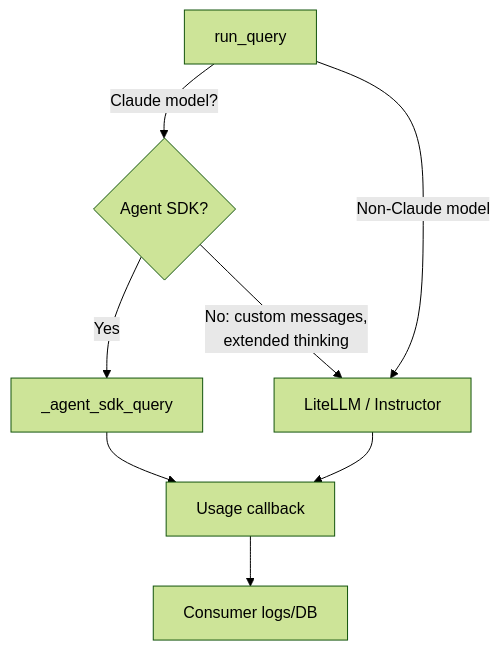
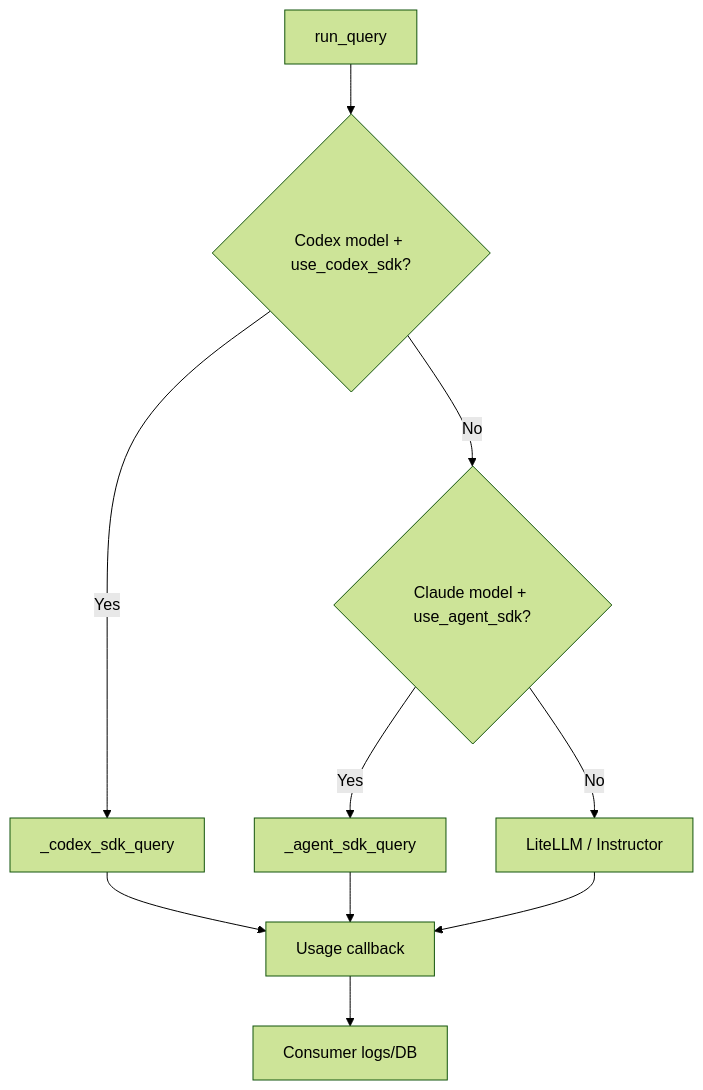
The diagram in docs/STRUCTURE.md (masta-g3/llm-query-utils), drawn with Mermaid (forest theme) before and after one commit. The commit also changed other lines of this file and 6 other files, not shown here.

First line of the commit message:
Integrate Codex CLI routing with ChatGPT-authenticated query execution.

````diff
--- a/docs/STRUCTURE.md
+++ b/docs/STRUCTURE.md
@@ -22,11 +23,13 @@
 ```mermaid
 flowchart TD
-    A[run_query] -->|Claude model?| B{Agent SDK?}
-    B -->|Yes| C[_agent_sdk_query]
-    B -->|No: custom messages,\nextended thinking| D[LiteLLM / Instructor]
-    A -->|Non-Claude model| D
+    A[run_query] --> B{Codex model + use_codex_sdk?}
+    B -->|Yes| C[_codex_sdk_query]
+    B -->|No| D{Claude model + use_agent_sdk?}
+    D -->|Yes| E[_agent_sdk_query]
+    D -->|No| F[LiteLLM / Instructor]
 
-    C --> E[Usage callback]
-    D --> E
-    E --> F[Consumer logs/DB]
+    C --> G[Usage callback]
+    E --> G
+    F --> G
+    G --> H[Consumer logs/DB]
 ```
````
